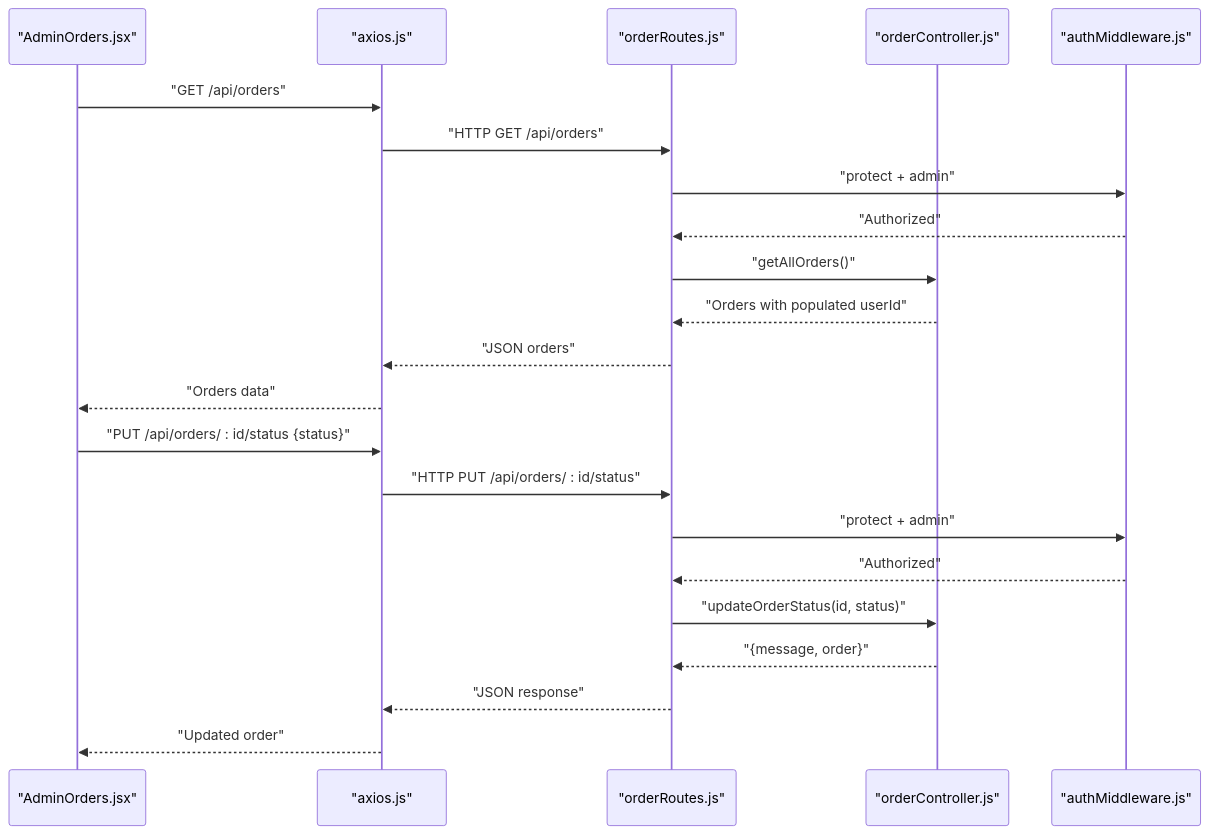
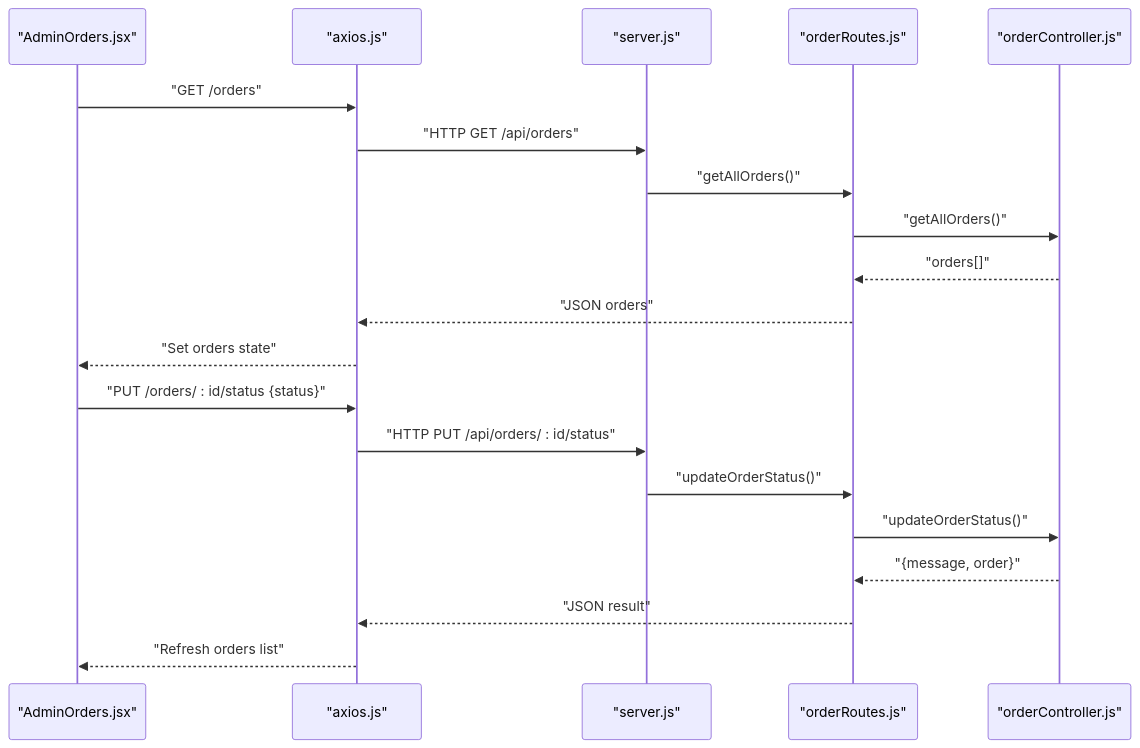
The fourth of 8 diagrams in .qoder/repowiki/en/content/Admin Dashboard/Admin Dashboard.md (Pavan-PSPK9032/TrendsandToss), drawn with Mermaid before and after one commit. The commit also changed other lines of this file and 6 other files, not shown here.

````diff
--- a/.qoder/repowiki/en/content/Admin Dashboard/Admin Dashboard.md
+++ b/.qoder/repowiki/en/content/Admin Dashboard/Admin Dashboard.md
@@ -266,24 +201,22 @@
 ```mermaid
 sequenceDiagram
-participant FE as "AdminOrders.jsx"
-participant AX as "axios.js"
-participant OR as "orderRoutes.js"
-participant OC as "orderController.js"
-participant AM as "authMiddleware.js"
-FE->>AX : "GET /api/orders"
-AX->>OR : "HTTP GET /api/orders"
-OR->>AM : "protect + admin"
-AM-->>OR : "Authorized"
-OR->>OC : "getAllOrders()"
-OC-->>OR : "Orders with populated userId"
-OR-->>AX : "JSON orders"
-AX-->>FE : "Orders data"
-FE->>AX : "PUT /api/orders/ : id/status {status}"
-AX->>OR : "HTTP PUT /api/orders/ : id/status"
-OR->>AM : "protect + admin"
-AM-->>OR : "Authorized"
-OR->>OC : "updateOrderStatus(id, status)"
-OC-->>OR : "{message, order}"
-OR-->>AX : "JSON response"
-AX-->>FE : "Updated order"
+participant Page as "AdminOrders.jsx"
+participant API as "axios.js"
+participant Server as "server.js"
+participant Routes as "orderRoutes.js"
+participant Ctrl as "orderController.js"
+Page->>API : "GET /orders"
+API->>Server : "HTTP GET /api/orders"
+Server->>Routes : "getAllOrders()"
+Routes->>Ctrl : "getAllOrders()"
+Ctrl-->>Routes : "orders[]"
+Routes-->>API : "JSON orders"
+API-->>Page : "Set orders state"
+Page->>API : "PUT /orders/ : id/status {status}"
+API->>Server : "HTTP PUT /api/orders/ : id/status"
+Server->>Routes : "updateOrderStatus()"
+Routes->>Ctrl : "updateOrderStatus()"
+Ctrl-->>Routes : "{message, order}"
+Routes-->>API : "JSON result"
+API-->>Page : "Refresh orders list"
 ```
````
